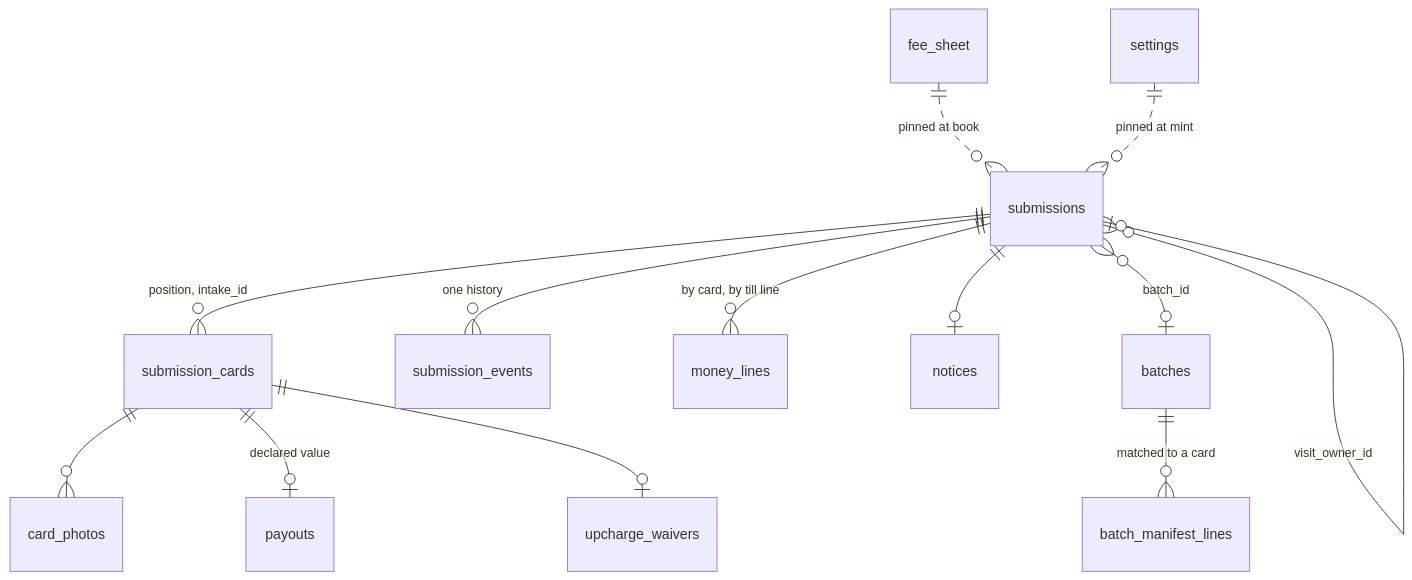
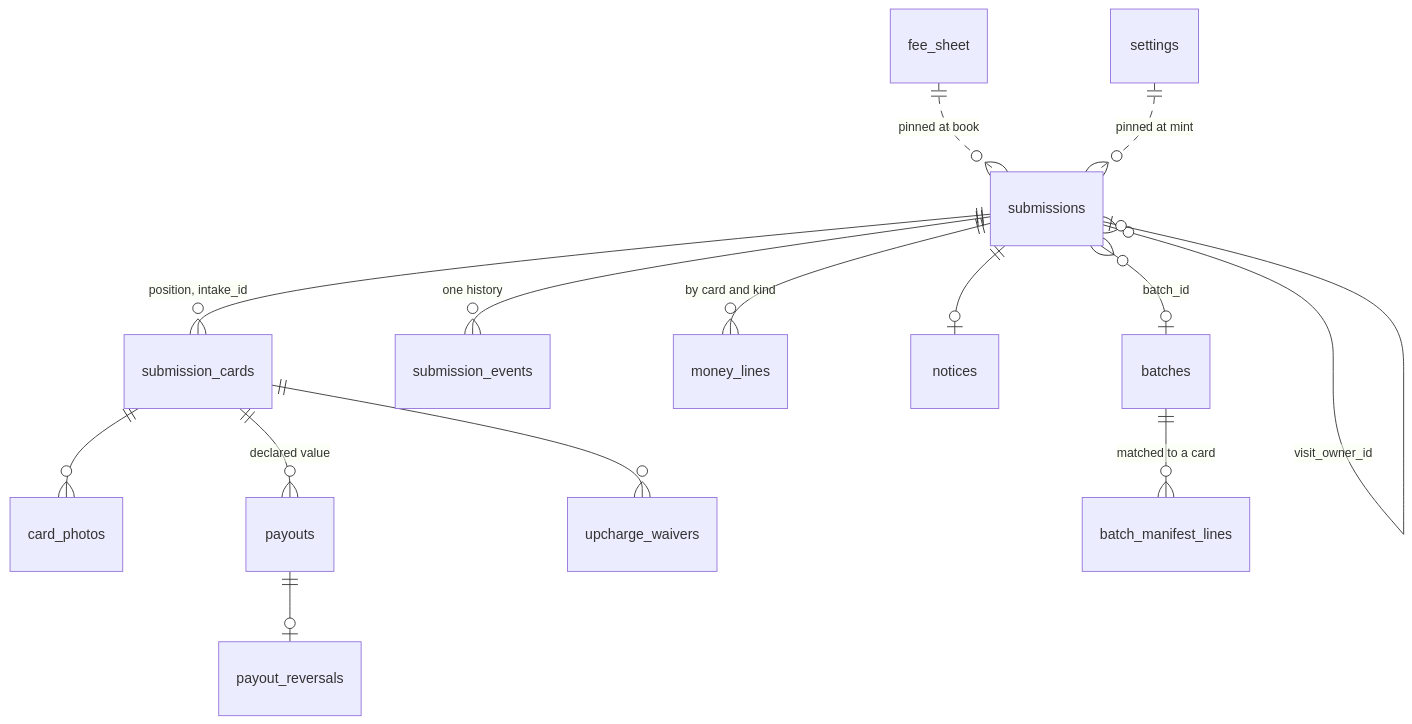
One commit to potzchan6969/grade10-spec changed the diagram in openspec/changes/add-card-grading/tech-design.md. Above: the diagram before and after it, drawn with Mermaid. The commit also changed other lines of this file, not shown here.

````diff
--- a/openspec/changes/add-card-grading/tech-design.md
+++ b/openspec/changes/add-card-grading/tech-design.md
@@ -518,15 +683,16 @@
 ```mermaid
 erDiagram
   submissions ||--o{ submission_cards : "position, intake_id"
   submissions ||--o{ submission_events : "one history"
-  submissions ||--o{ money_lines : "by card, by till line"
+  submissions ||--o{ money_lines : "by card and kind"
   submissions ||--o| notices : ""
   submissions }o--o| batches : "batch_id"
   submissions }o--o| submissions : "visit_owner_id"
   submission_cards ||--o{ card_photos : ""
-  submission_cards ||--o| payouts : "declared value"
-  submission_cards ||--o| upcharge_waivers : ""
+  submission_cards ||--o{ payouts : "declared value"
+  submission_cards ||--o{ upcharge_waivers : ""
+  payouts ||--o| payout_reversals : ""
   batches ||--o{ batch_manifest_lines : "matched to a card"
   fee_sheet ||..o{ submissions : "pinned at book"
   settings ||..o{ submissions : "pinned at mint"
 ```
````
